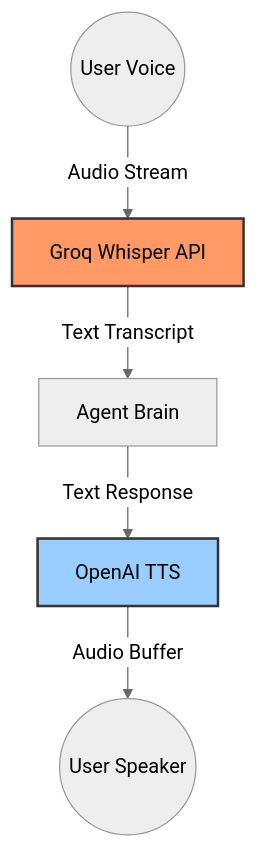
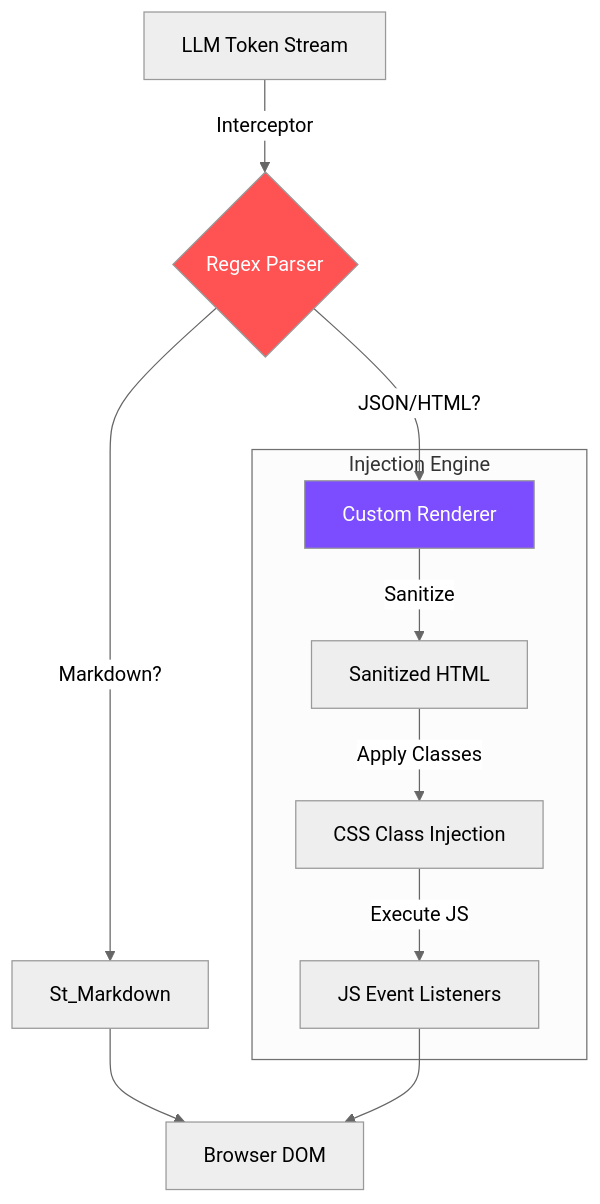
The fourth of 4 diagrams in README.md (Sur27codes/EchoMindAI), drawn with Mermaid (neutral theme) before and after one commit. The commit also changed other lines of this file, not shown here.

Commit message:
Enhance README with comprehensive system architecture diagrams

````diff
--- a/README.md
+++ b/README.md
@@ -45,10 +135,19 @@
 ```mermaid
 graph TD
-    User((User Voice)) -->|Audio Stream| Groq[Groq Whisper API]
-    Groq -->|Text Transcript| Agent[Agent Brain]
-    Agent -->|Text Response| OpenAI[OpenAI TTS]
-    OpenAI -->|Audio Buffer| Speaker((User Speaker))
+    Stream[LLM Token Stream] -->|Interceptor| Parser{Regex Parser}
     
-    style Groq fill:#f96,stroke:#333,stroke-width:2px
-    style OpenAI fill:#9cf,stroke:#333,stroke-width:2px
+    Parser -->|Markdown?| Standard[St_Markdown]
+    Parser -->|JSON/HTML?| Custom[Custom Renderer]
+    
+    subgraph "Injection Engine"
+        Custom -->|Sanitize| SafeHTML[Sanitized HTML]
+        SafeHTML -->|Apply Classes| CSS[CSS Class Injection]
+        CSS -->|Execute JS| JS[JS Event Listeners]
+    end
+    
+    Standard --> DOM[Browser DOM]
+    JS --> DOM
+    
+    style Parser fill:#ff5252,color:#fff
+    style Custom fill:#7c4dff,color:#fff
 ```
````
